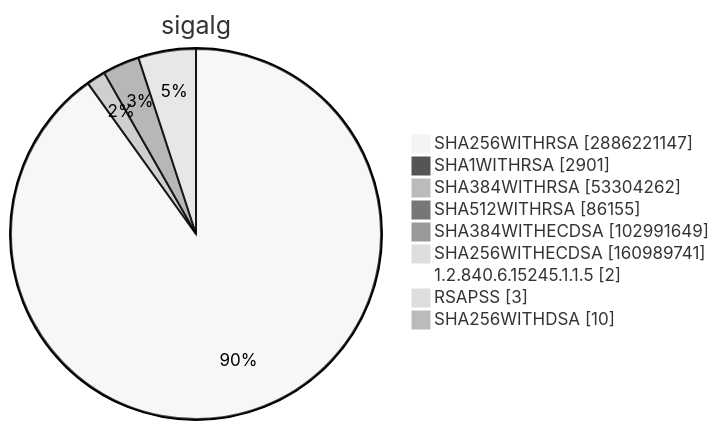
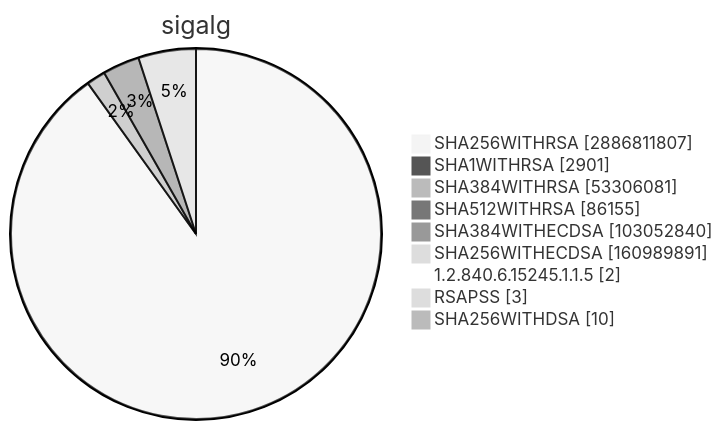
One commit to christiankrug/ctmonitor_visualization changed diagram 15 of 15 in TOTAL/README.md. Above: the diagram before and after it, drawn with Mermaid (neutral theme). The commit also changed other lines of this file, not shown here.

````diff
--- a/TOTAL/README.md
+++ b/TOTAL/README.md
@@ -6207,13 +6207,13 @@
 ```mermaid
 pie showData
 title sigalg
-"SHA256WITHRSA" :2886221147
+"SHA256WITHRSA" :2886811807
 "SHA1WITHRSA" :2901
-"SHA384WITHRSA" :53304262
+"SHA384WITHRSA" :53306081
 "SHA512WITHRSA" :86155
-"SHA384WITHECDSA" :102991649
-"SHA256WITHECDSA" :160989741
+"SHA384WITHECDSA" :103052840
+"SHA256WITHECDSA" :160989891
 "1.2.840.6.15245.1.1.5" :2
 "RSAPSS" :3
 "SHA256WITHDSA" :10
 ```
````
